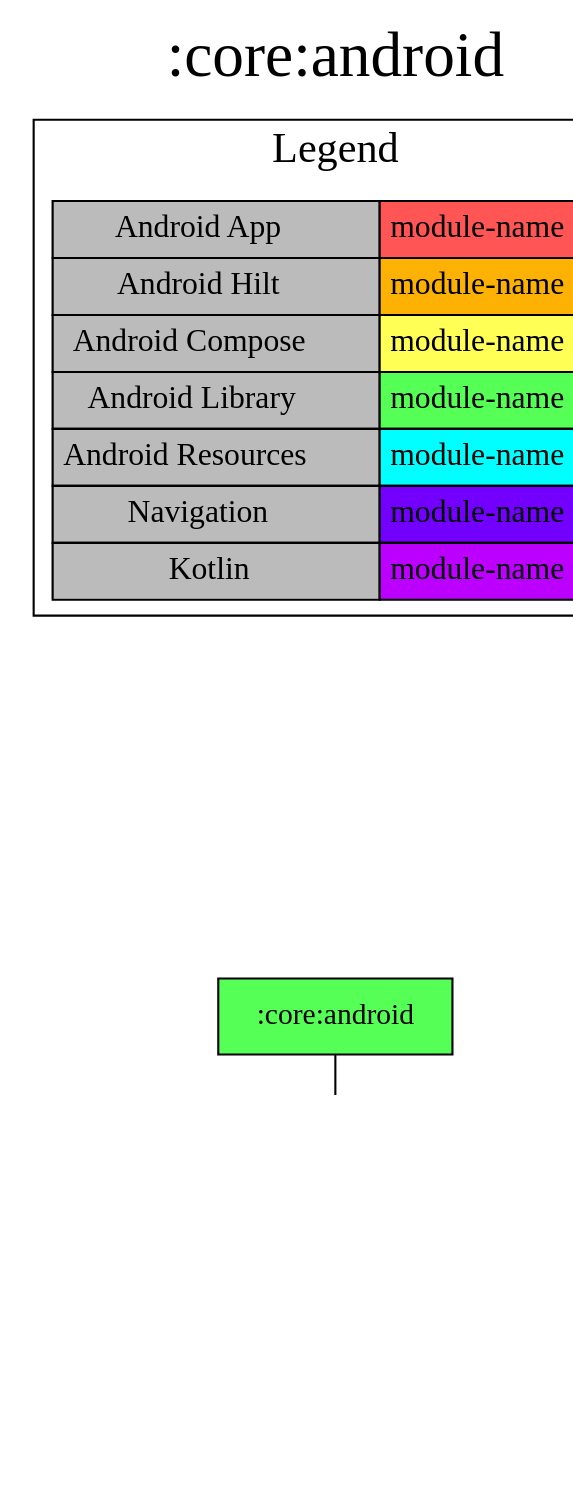
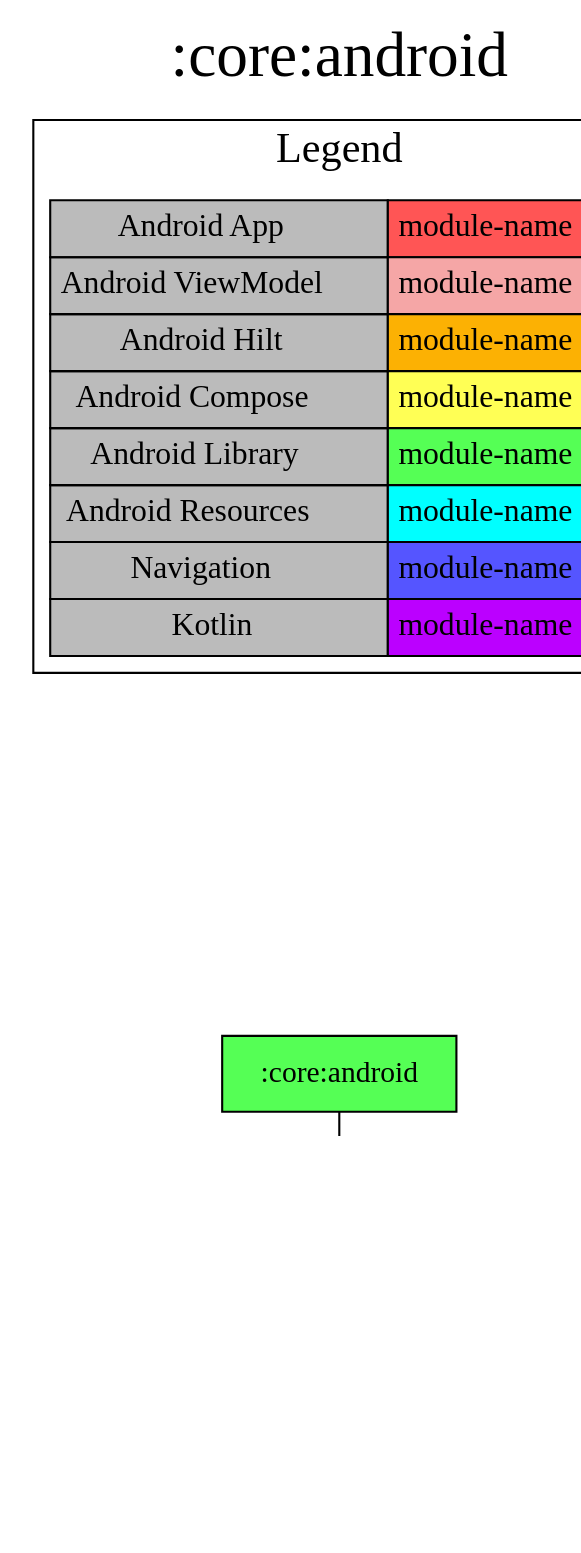
The diagram in modules/core/android/project-dependency-graph.dot (jonapoul/nasa-android), drawn with Graphviz before and after one commit. The commit also changed 262 other files, not shown here.

```diff
--- a/modules/core/android/project-dependency-graph.dot
+++ b/modules/core/android/project-dependency-graph.dot
@@ -1,27 +1,28 @@
 digraph {
 edge ["dir"="forward"]
 graph ["dpi"="100","label"=":core:android","labelloc"="t","fontsize"="30","ranksep"="2.5","rankdir"="TB"]
 node ["style"="filled"]
 ":core:android" ["fillcolor"="#55FF55","shape"="box"]
 ":core:model" ["fillcolor"="#BB00FF","shape"="box"]
 {
 edge ["dir"="none"]
 graph ["rank"="same"]
 }
 ":core:android" -> ":core:model"
 subgraph "cluster_legend" {
 edge ["dir"="none"]
 graph ["label"="Legend","fontsize"="20"]
 "Legend" ["style"="filled","fillcolor"="#bbbbbb","shape"="none","margin"="0","fontsize"="15","label"=<
 <TABLE BORDER="0" CELLBORDER="1" CELLSPACING="0" CELLPADDING="4">
 <TR><TD>Android App</TD><TD BGCOLOR="#FF5555">module-name</TD></TR>
+<TR><TD>Android ViewModel</TD><TD BGCOLOR="#F5A6A6">module-name</TD></TR>
 <TR><TD>Android Hilt</TD><TD BGCOLOR="#FCB103">module-name</TD></TR>
 <TR><TD>Android Compose</TD><TD BGCOLOR="#FFFF55">module-name</TD></TR>
 <TR><TD>Android Library</TD><TD BGCOLOR="#55FF55">module-name</TD></TR>
 <TR><TD>Android Resources</TD><TD BGCOLOR="#00FFFF">module-name</TD></TR>
-<TR><TD>Navigation</TD><TD BGCOLOR="#7300FF">module-name</TD></TR>
+<TR><TD>Navigation</TD><TD BGCOLOR="#5555FF">module-name</TD></TR>
 <TR><TD>Kotlin</TD><TD BGCOLOR="#BB00FF">module-name</TD></TR>
 </TABLE>
 >]
 } -> ":core:android" ["style"="invis"]
 }
```
